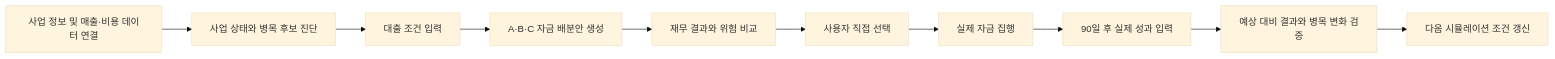
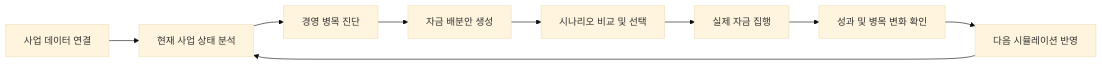
The diagram in README.md (youtheyeon/2026-KB-AI-Challenge), drawn with Mermaid (base theme) before and after one commit. The commit also changed other lines of this file, not shown here.

````diff
--- a/README.md
+++ b/README.md
@@ -50,12 +46,11 @@
-~~~mermaid
+```mermaid
 flowchart LR
-    A["사업 정보 및 매출·비용 데이터 연결"] --> B["사업 상태와 병목 후보 진단"]
-    B --> C["대출 조건 입력"]
-    C --> D["A·B·C 자금 배분안 생성"]
-    D --> E["재무 결과와 위험 비교"]
-    E --> F["사용자 직접 선택"]
-    F --> G["실제 자금 집행"]
-    G --> H["90일 후 실제 성과 입력"]
-    H --> I["예상 대비 결과와 병목 변화 검증"]
-    I --> J["다음 시뮬레이션 조건 갱신"]
-~~~
+    A["사업 데이터 연결"] --> B["현재 사업 상태 분석"]
+    B --> C["경영 병목 진단"]
+    C --> D["자금 배분안 생성"]
+    D --> E["시나리오 비교 및 선택"]
+    E --> F["실제 자금 집행"]
+    F --> G["성과 및 병목 변화 확인"]
+    G --> H["다음 시뮬레이션 반영"]
+    H --> B
+```
````
